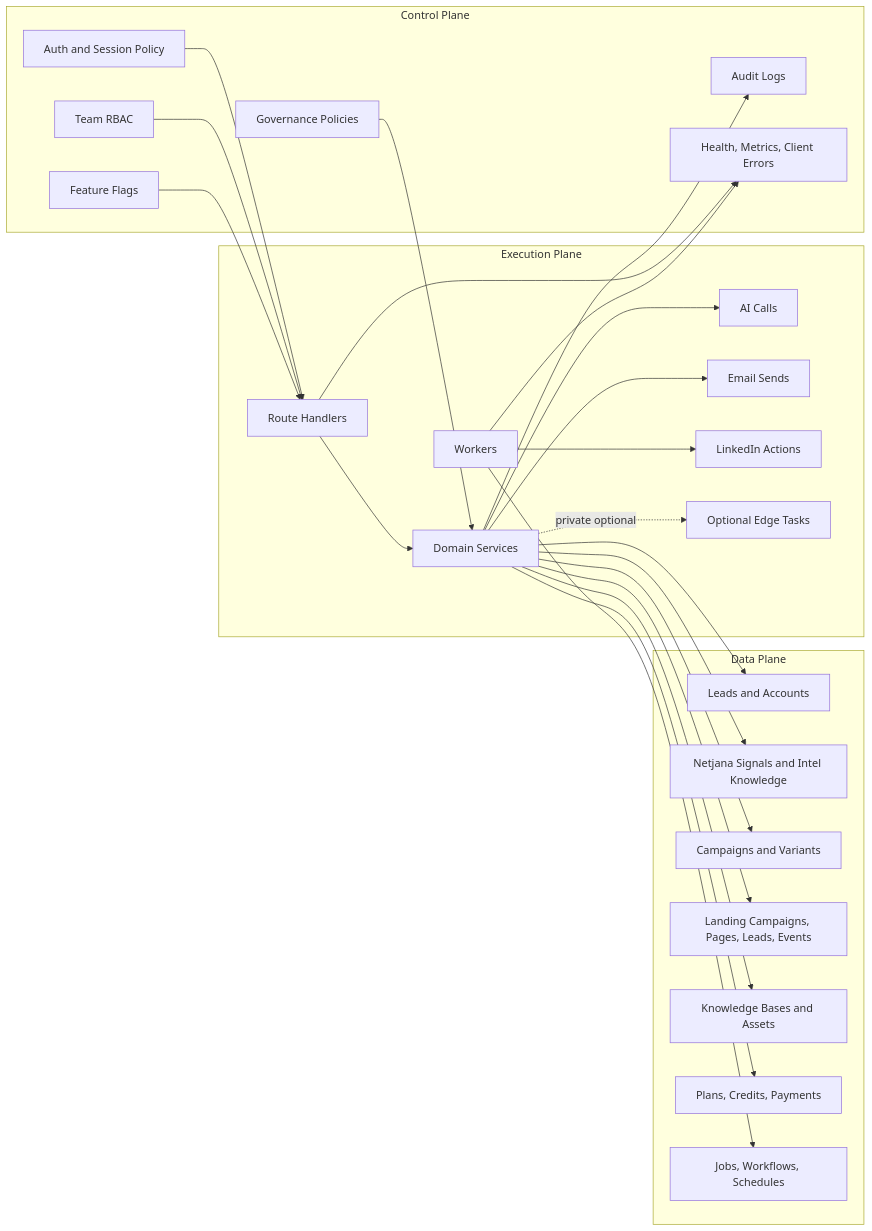
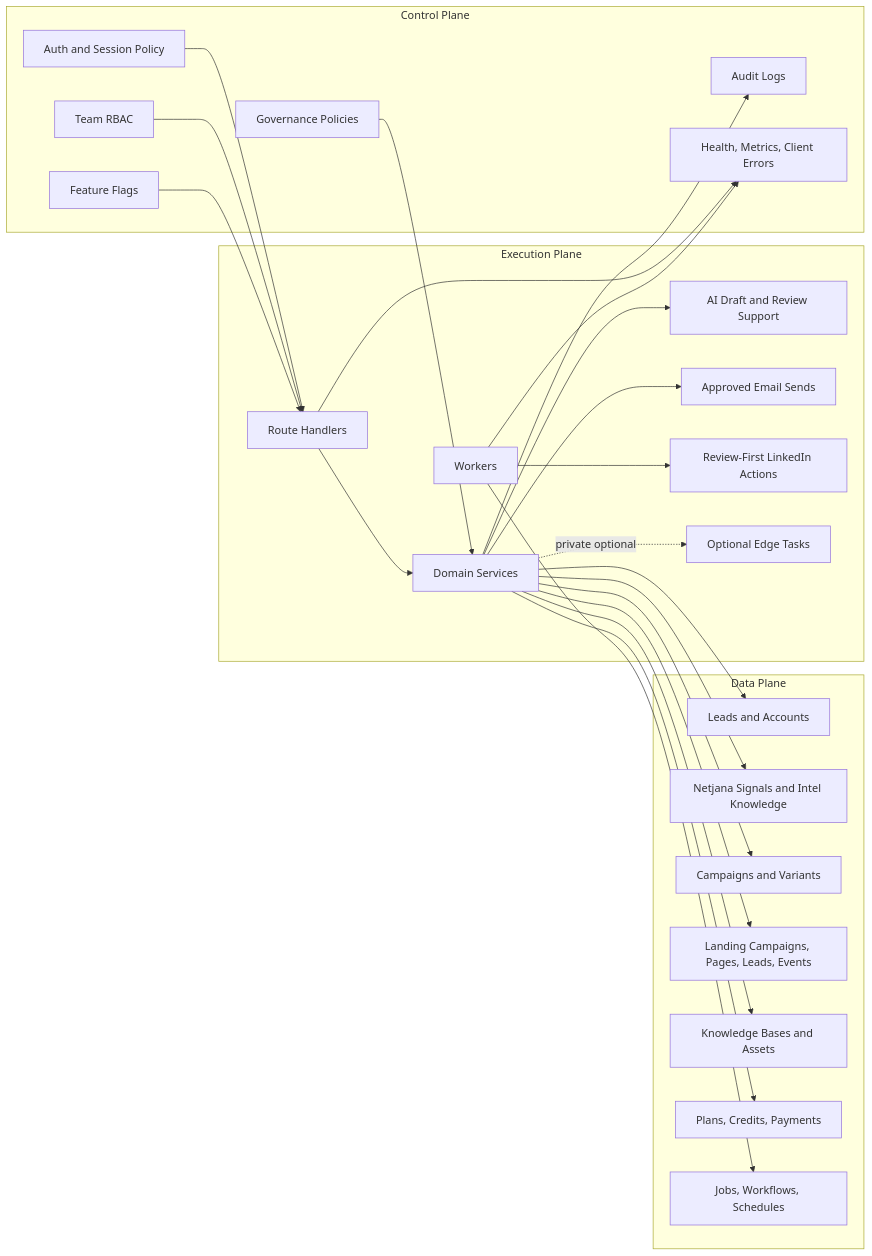
One commit to Convospanai-outreach/fullstack changed the third of 8 diagrams in docs/architecture-diagram.md. Above: the diagram before and after it, drawn with Mermaid. The commit also changed other lines of this file and 23 other files, not shown here.

````diff
--- a/docs/architecture-diagram.md
+++ b/docs/architecture-diagram.md
@@ -262,53 +262,53 @@
 ```mermaid
 flowchart LR
     subgraph control["Control Plane"]
         auth[Auth and Session Policy]
         rbac[Team RBAC]
         featureFlags[Feature Flags]
         governance[Governance Policies]
         audit[Audit Logs]
         observability[Health, Metrics, Client Errors]
     end
 
     subgraph data["Data Plane"]
         leadData[Leads and Accounts]
         signalData[Netjana Signals and Intel Knowledge]
         campaignData[Campaigns and Variants]
         landingData[Landing Campaigns, Pages, Leads, Events]
         knowledgeData[Knowledge Bases and Assets]
         billingData[Plans, Credits, Payments]
         workflowData[Jobs, Workflows, Schedules]
     end
 
     subgraph execution["Execution Plane"]
         routeHandlers[Route Handlers]
         domainServices[Domain Services]
         workers[Workers]
-        aiCalls[AI Calls]
-        emailSends[Email Sends]
-        linkedinActions[LinkedIn Actions]
+        aiCalls[AI Draft and Review Support]
+        emailSends[Approved Email Sends]
+        linkedinActions[Review-First LinkedIn Actions]
         edgeTasks[Optional Edge Tasks]
     end
 
     auth --> routeHandlers
     rbac --> routeHandlers
     featureFlags --> routeHandlers
     governance --> domainServices
     domainServices --> audit
     routeHandlers --> observability
     workers --> observability
 
     routeHandlers --> domainServices
     domainServices --> leadData
     domainServices --> signalData
     domainServices --> campaignData
     domainServices --> landingData
     domainServices --> knowledgeData
     domainServices --> billingData
     workers --> workflowData
 
     domainServices --> aiCalls
     domainServices --> emailSends
     workers --> linkedinActions
     domainServices -. private optional .-> edgeTasks
 ```
````
